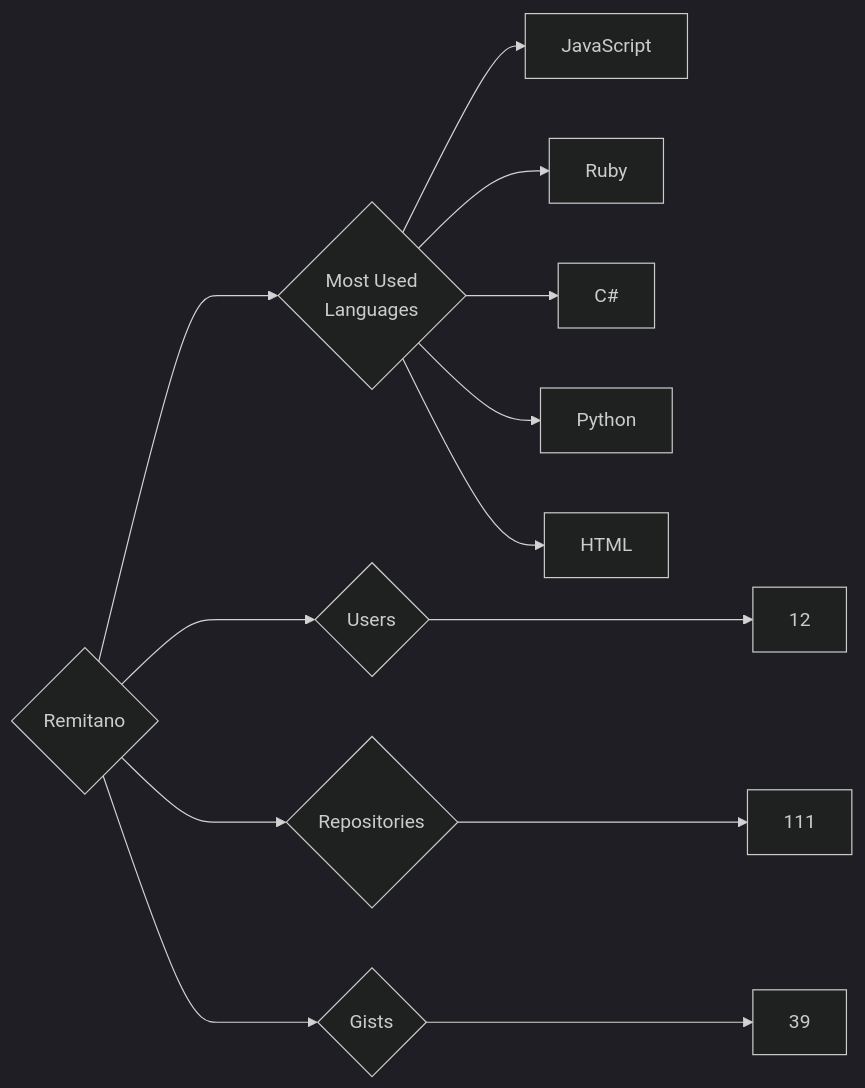
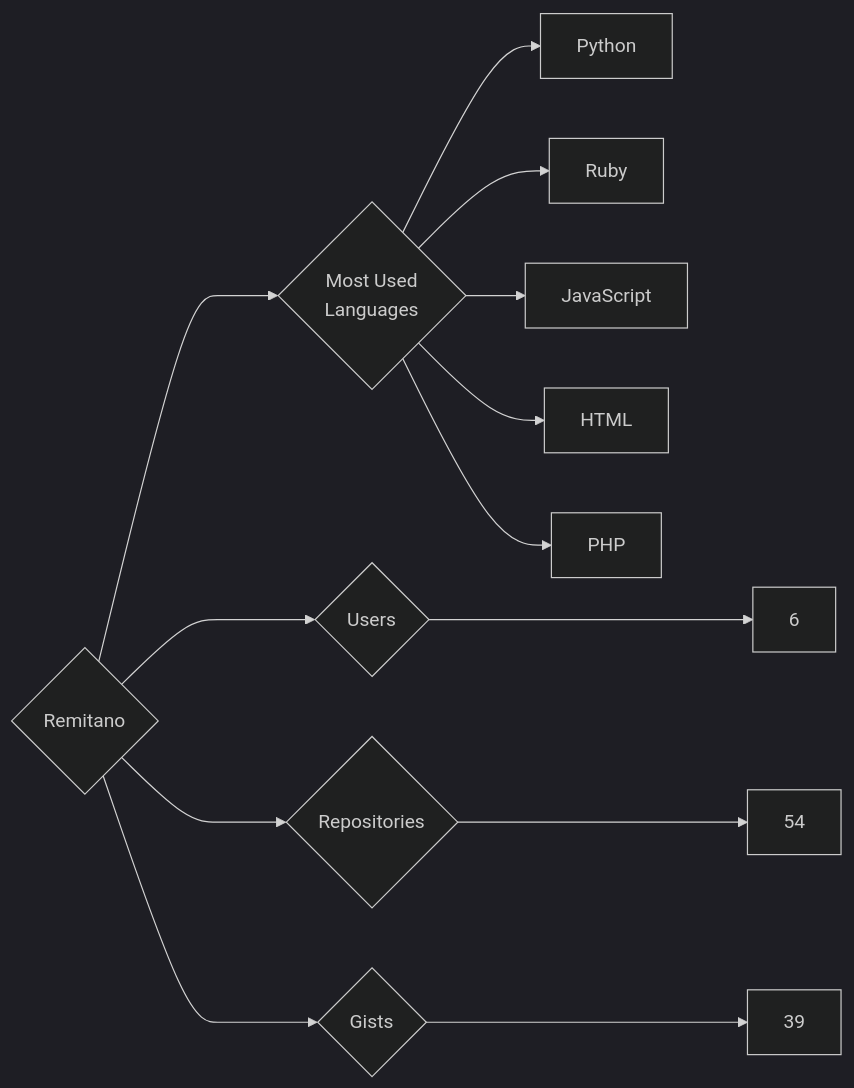
The diagram in targets/Remitano/README.md (trickest/insiders), drawn with Mermaid (dark theme) before and after one commit. The commit also changed 823 other files, not shown here.

````diff
--- a/targets/Remitano/README.md
+++ b/targets/Remitano/README.md
@@ -3,13 +3,13 @@
 ```mermaid
 graph LR
 COMPANY_NAME{Remitano}
-COMPANY_NAME ---> U{Users} ---> UN[12]
-COMPANY_NAME ---> R{Repositories} ---> RN[111]
+COMPANY_NAME ---> U{Users} ---> UN[6]
+COMPANY_NAME ---> R{Repositories} ---> RN[54]
 COMPANY_NAME ---> G{Gists} ---> GN[39]
 COMPANY_NAME ---> ML{Most Used<br>Languages}
+ML --> Python[Python]
+ML --> Ruby[Ruby]
 ML --> JavaScript[JavaScript]
-ML --> Ruby[Ruby]
-ML --> C#[C#]
-ML --> Python[Python]
 ML --> HTML[HTML]
+ML --> PHP[PHP]
 ```
````
